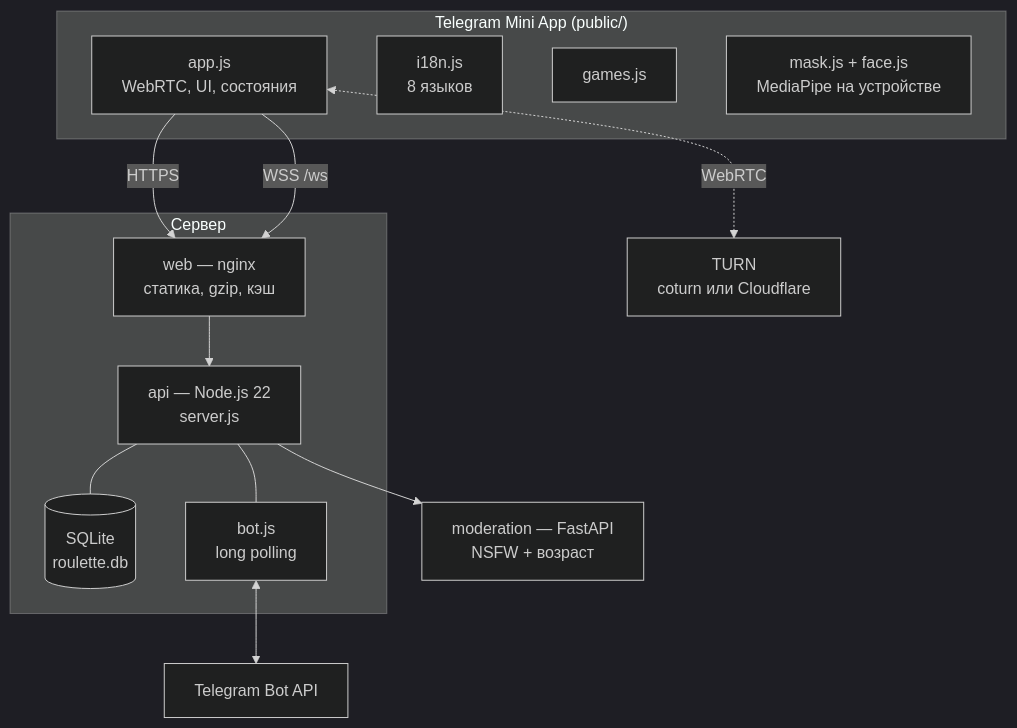
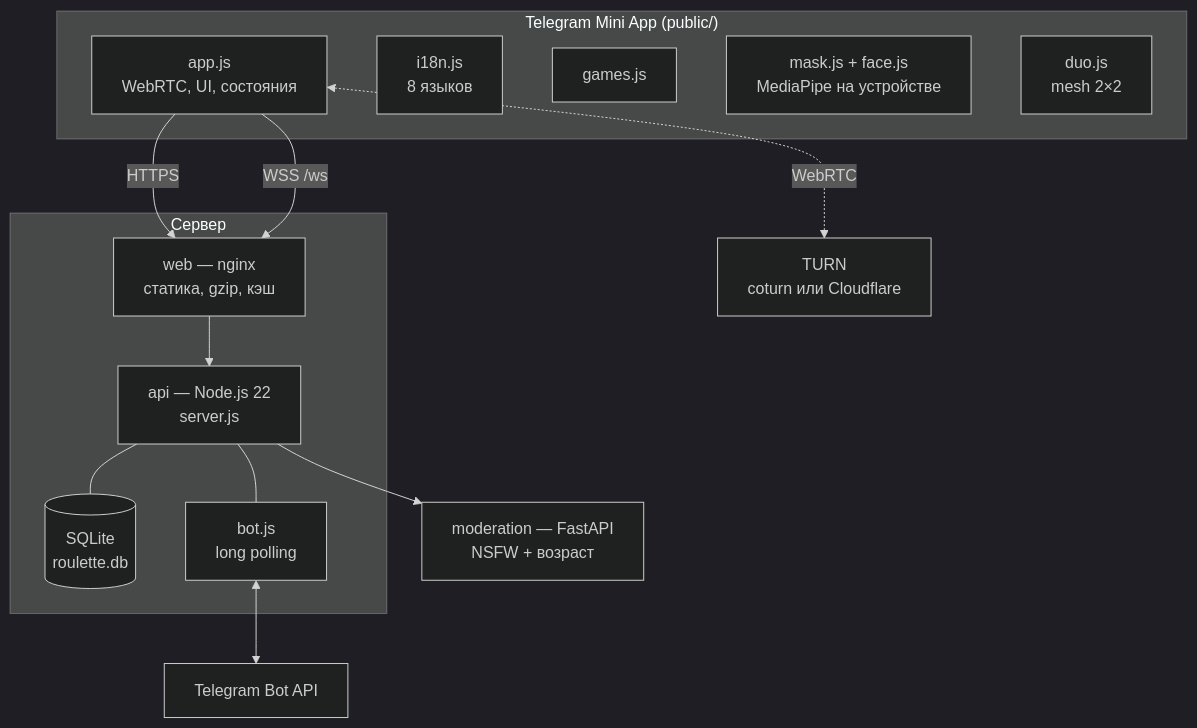
Before and after one commit to skeep83/aura: the first of 2 diagrams in docs/architecture.md, drawn with Mermaid (dark theme). The commit also changed other lines of this file and 19 other files, not shown here.

````diff
--- a/docs/architecture.md
+++ b/docs/architecture.md
@@ -5,26 +5,27 @@
 ```mermaid
 flowchart TB
   subgraph Client["Telegram Mini App (public/)"]
     APP[app.js<br/>WebRTC, UI, состояния]
     I18N[i18n.js<br/>8 языков]
     GAMES[games.js]
     MASK[mask.js + face.js<br/>MediaPipe на устройстве]
+    DUO[duo.js<br/>mesh 2×2]
   end
   subgraph Server["Сервер"]
     WEB[web — nginx<br/>статика, gzip, кэш]
     API[api — Node.js 22<br/>server.js]
     DB[(SQLite<br/>roulette.db)]
     BOT[bot.js<br/>long polling]
   end
   MOD[moderation — FastAPI<br/>NSFW + возраст]
   TURN[TURN<br/>coturn или Cloudflare]
   TG[Telegram Bot API]
 
   APP -- HTTPS --> WEB
   APP -- WSS /ws --> WEB --> API
   API --- DB
   API --> MOD
   BOT <--> TG
   API --- BOT
   APP <-. WebRTC .-> TURN
 ```
````
